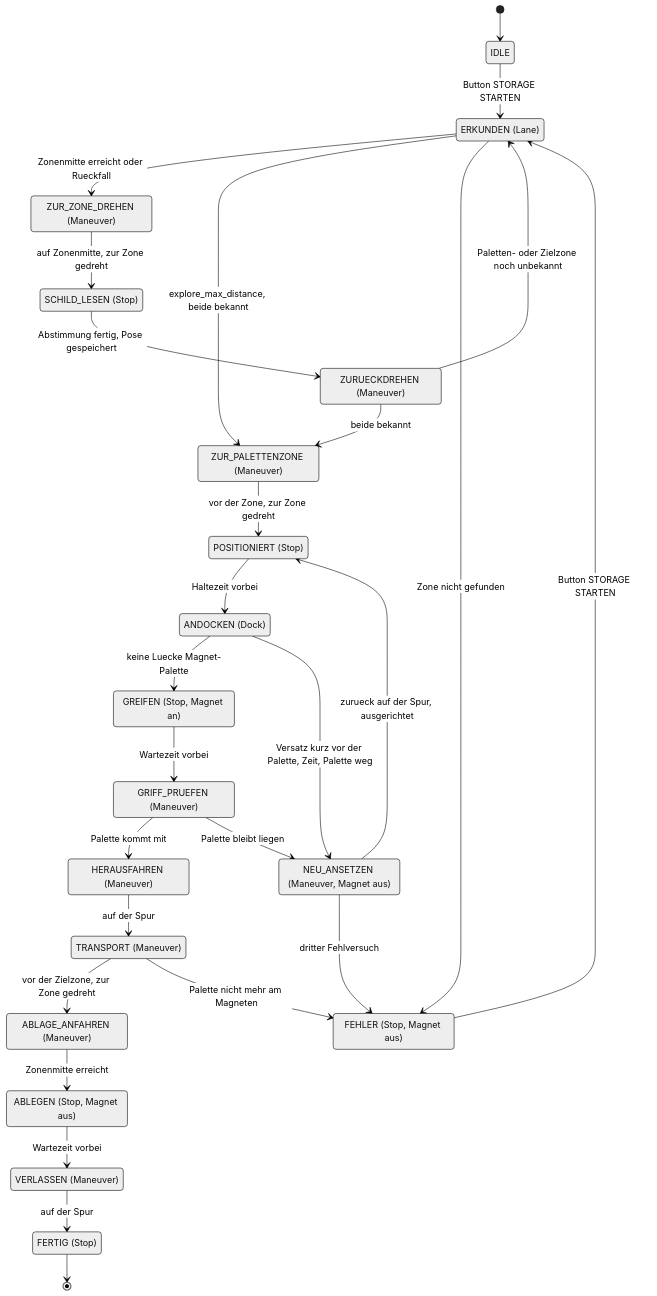
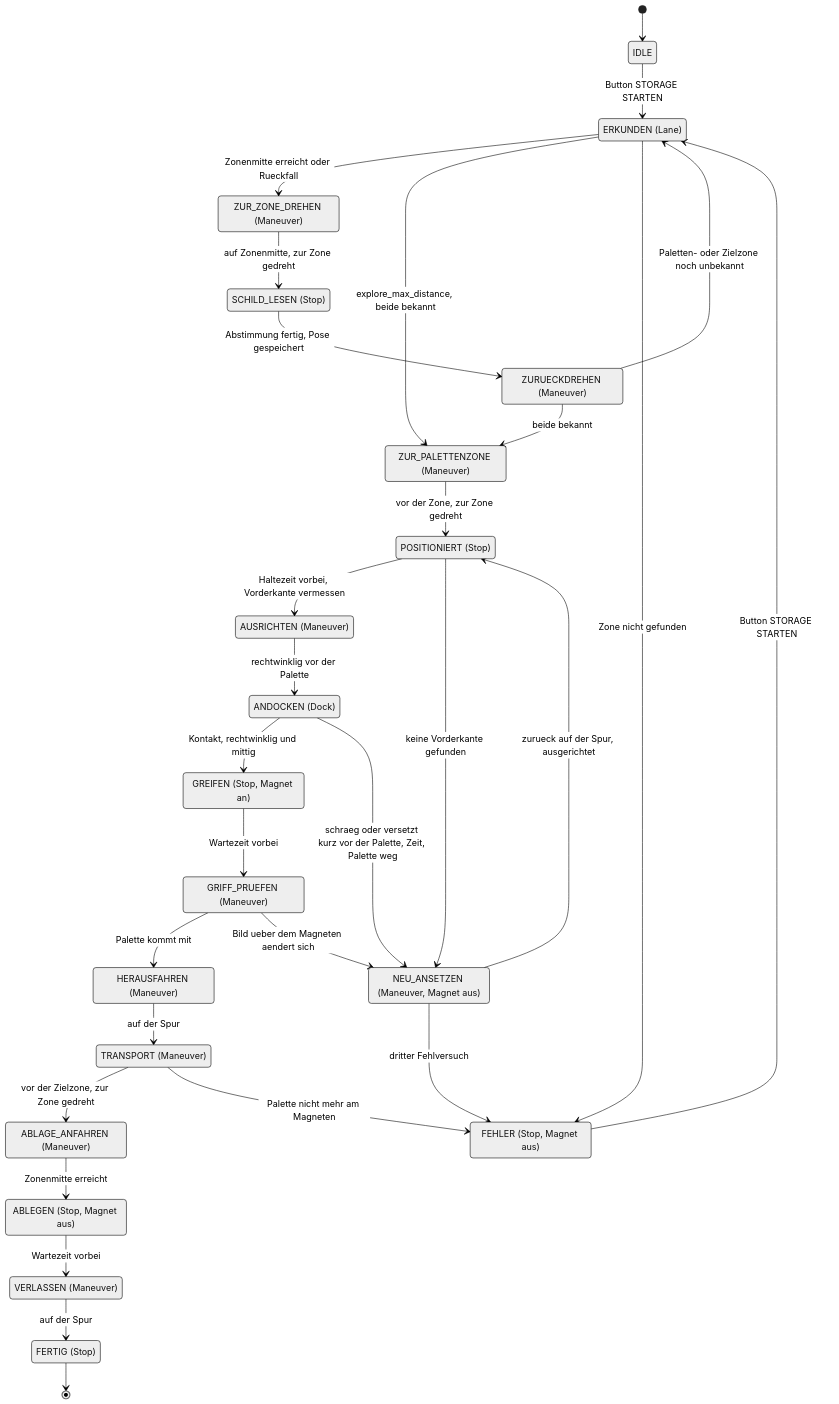
The diagram in docs/Storage_Retrieval_Konzept.md (NaiRolF878/TurtleBot3-URMC), drawn with Mermaid (neutral theme) before and after one commit. The commit also changed other lines of this file and 9 other files, not shown here.

First line of the commit message:
Storage: leere Zone pruefen, rechtwinklig andocken, Griff per Bildvergleich

````diff
--- a/docs/Storage_Retrieval_Konzept.md
+++ b/docs/Storage_Retrieval_Konzept.md
@@ -114,49 +146,52 @@
 ```mermaid
 stateDiagram-v2
     [*] --> IDLE
     IDLE --> ERKUNDEN : Button STORAGE STARTEN
 
     state "ERKUNDEN (Lane)" as ERKUNDEN
     state "ZUR_ZONE_DREHEN (Maneuver)" as ZUR_ZONE_DREHEN
     state "SCHILD_LESEN (Stop)" as SCHILD_LESEN
     state "ZURUECKDREHEN (Maneuver)" as ZURUECKDREHEN
     state "ZUR_PALETTENZONE (Maneuver)" as ZUR_PALETTENZONE
     state "POSITIONIERT (Stop)" as POSITIONIERT
+    state "AUSRICHTEN (Maneuver)" as AUSRICHTEN
     state "ANDOCKEN (Dock)" as ANDOCKEN
     state "GREIFEN (Stop, Magnet an)" as GREIFEN
     state "GRIFF_PRUEFEN (Maneuver)" as GRIFF_PRUEFEN
     state "NEU_ANSETZEN (Maneuver, Magnet aus)" as NEU_ANSETZEN
     state "HERAUSFAHREN (Maneuver)" as HERAUSFAHREN
     state "TRANSPORT (Maneuver)" as TRANSPORT
     state "ABLAGE_ANFAHREN (Maneuver)" as ABLAGE_ANFAHREN
     state "ABLEGEN (Stop, Magnet aus)" as ABLEGEN
     state "VERLASSEN (Maneuver)" as VERLASSEN
     state "FERTIG (Stop)" as FERTIG
     state "FEHLER (Stop, Magnet aus)" as FEHLER
 
     ERKUNDEN --> ZUR_ZONE_DREHEN : Zonenmitte erreicht oder Rueckfall
     ZUR_ZONE_DREHEN --> SCHILD_LESEN : auf Zonenmitte, zur Zone gedreht
     SCHILD_LESEN --> ZURUECKDREHEN : Abstimmung fertig, Pose gespeichert
     ZURUECKDREHEN --> ERKUNDEN : Paletten- oder Zielzone noch unbekannt
     ZURUECKDREHEN --> ZUR_PALETTENZONE : beide bekannt
     ERKUNDEN --> ZUR_PALETTENZONE : explore_max_distance, beide bekannt
     ZUR_PALETTENZONE --> POSITIONIERT : vor der Zone, zur Zone gedreht
-    POSITIONIERT --> ANDOCKEN : Haltezeit vorbei
-    ANDOCKEN --> GREIFEN : keine Luecke Magnet-Palette
-    ANDOCKEN --> NEU_ANSETZEN : Versatz kurz vor der Palette, Zeit, Palette weg
+    POSITIONIERT --> AUSRICHTEN : Haltezeit vorbei, Vorderkante vermessen
+    POSITIONIERT --> NEU_ANSETZEN : keine Vorderkante gefunden
+    AUSRICHTEN --> ANDOCKEN : rechtwinklig vor der Palette
+    ANDOCKEN --> GREIFEN : Kontakt, rechtwinklig und mittig
+    ANDOCKEN --> NEU_ANSETZEN : schraeg oder versetzt kurz vor der Palette, Zeit, Palette weg
     GREIFEN --> GRIFF_PRUEFEN : Wartezeit vorbei
     GRIFF_PRUEFEN --> HERAUSFAHREN : Palette kommt mit
-    GRIFF_PRUEFEN --> NEU_ANSETZEN : Palette bleibt liegen
+    GRIFF_PRUEFEN --> NEU_ANSETZEN : Bild ueber dem Magneten aendert sich
     NEU_ANSETZEN --> POSITIONIERT : zurueck auf der Spur, ausgerichtet
     HERAUSFAHREN --> TRANSPORT : auf der Spur
     TRANSPORT --> ABLAGE_ANFAHREN : vor der Zielzone, zur Zone gedreht
     ABLAGE_ANFAHREN --> ABLEGEN : Zonenmitte erreicht
     ABLEGEN --> VERLASSEN : Wartezeit vorbei
     VERLASSEN --> FERTIG : auf der Spur
 
     ERKUNDEN --> FEHLER : Zone nicht gefunden
     NEU_ANSETZEN --> FEHLER : dritter Fehlversuch
     TRANSPORT --> FEHLER : Palette nicht mehr am Magneten
     FEHLER --> ERKUNDEN : Button STORAGE STARTEN
     FERTIG --> [*]
 ```
````
